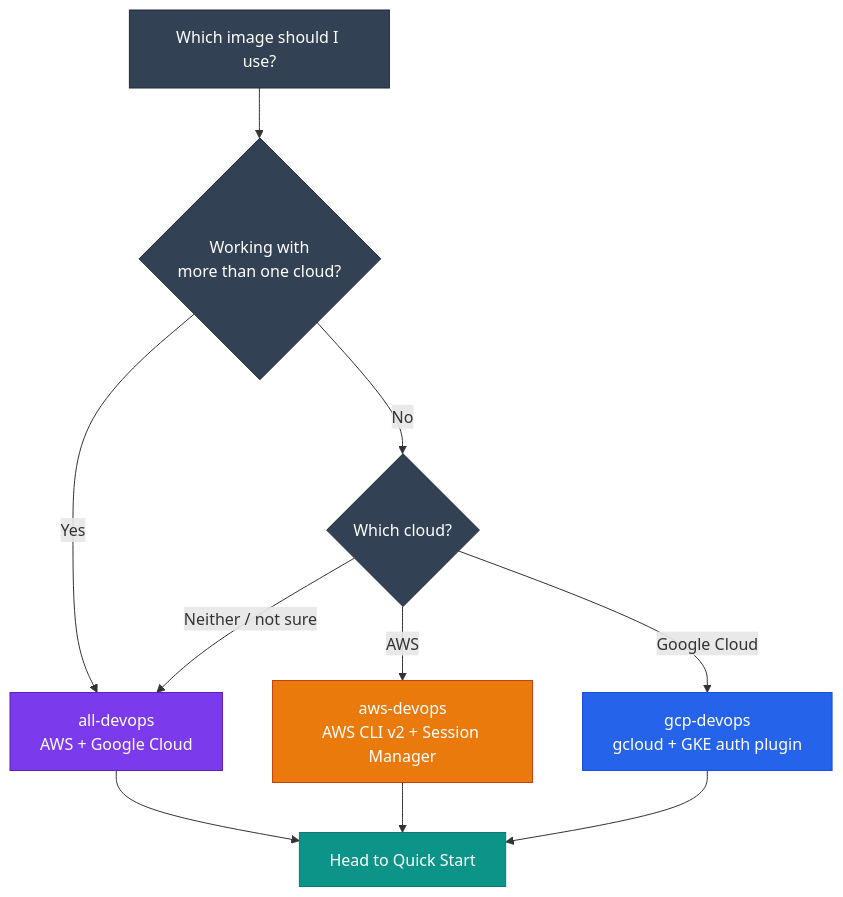
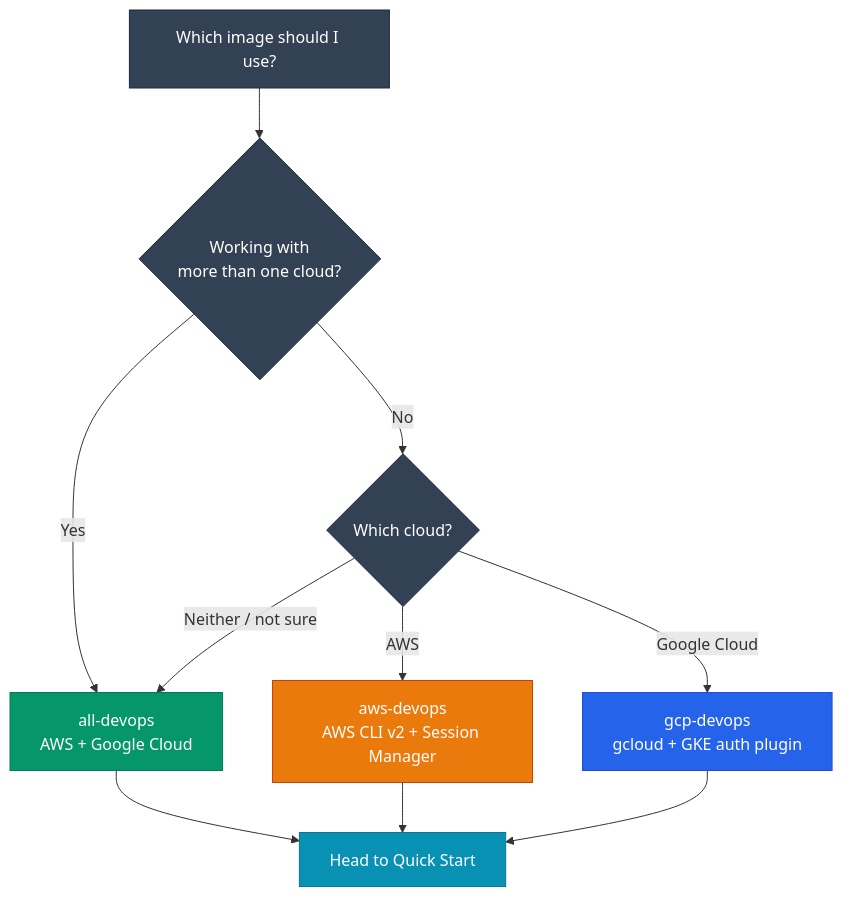
The diagram in docs/choosing-an-image.md (jinalshah/devops-images), drawn with Mermaid before and after one commit. The commit also changed 29 other files, not shown here.

````diff
--- a/docs/choosing-an-image.md
+++ b/docs/choosing-an-image.md
@@ -12,23 +12,23 @@
 ```mermaid
 flowchart TD
     START["Which image should I use?"] --> Q1{"Working with<br/>more than one cloud?"}
     Q1 -->|Yes| ALL["all-devops<br/>AWS + Google Cloud"]
     Q1 -->|No| Q2{"Which cloud?"}
     Q2 -->|AWS| AWS["aws-devops<br/>AWS CLI v2 + Session Manager"]
     Q2 -->|Google Cloud| GCP["gcp-devops<br/>gcloud + GKE auth plugin"]
     Q2 -->|"Neither / not sure"| ALL
     ALL --> DONE["Head to Quick Start"]
     AWS --> DONE
     GCP --> DONE
 
     classDef q fill:#334155,stroke:#1e293b,color:#fff
-    classDef all fill:#7c3aed,stroke:#5b21b6,color:#fff
+    classDef all fill:#059669,stroke:#047857,color:#fff
     classDef aws fill:#ea7a0c,stroke:#c2410c,color:#fff
     classDef gcp fill:#2563eb,stroke:#1d4ed8,color:#fff
-    classDef done fill:#0d9488,stroke:#0f766e,color:#fff
+    classDef done fill:#0891b2,stroke:#0e7490,color:#fff
     class START,Q1,Q2 q
     class ALL all
     class AWS aws
     class GCP gcp
     class DONE done
 ```
````
